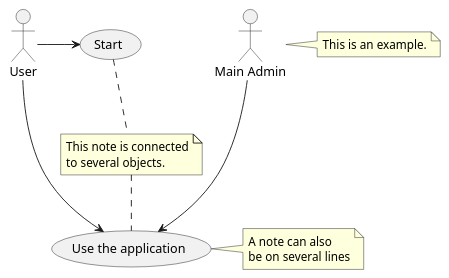
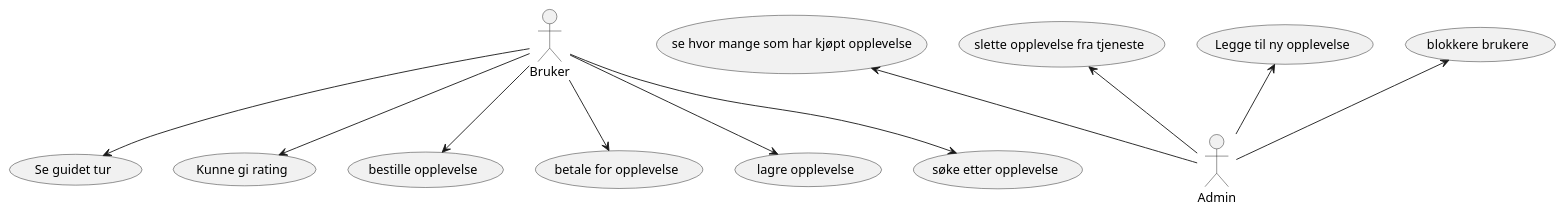
Before and after one commit to mapclean9r/os_Systemer: the diagram in plant.puml, drawn with PlantUML. The commit also changed 1 other file, not shown here.

Commit message:
plantuml & tkinter

```diff
--- a/plant.puml
+++ b/plant.puml
@@ -1,22 +1,16 @@
 @startuml name vetle
 'https://plantuml.com/use-case-diagram
 
-:Main Admin: as Admin
-(Use the application) as (Use)
+:Bruker: --> (Se guidet tur)
+:Bruker: --> (Kunne gi rating)
+:Bruker: --> (bestille opplevelse)
+:Bruker: --> (betale for opplevelse)
+:Bruker: --> (lagre opplevelse)
+:Bruker: --> (søke etter opplevelse)
+(se hvor mange som har kjøpt opplevelse) <-- :Admin: 
+(slette opplevelse fra tjeneste) <-- :Admin:
+(Legge til ny opplevelse) <-- :Admin: 
+(blokkere brukere) <-- :Admin:
 
-User -> (Start)
-User --> (Use)
 
-Admin ---> (Use)
-
-note right of Admin : This is an example.
-
-note right of (Use)
-A note can also
-be on several lines
-end note
-
-note "This note is connected\nto several objects." as N2
-(Start) .. N2
-N2 .. (Use)
 @enduml
```
